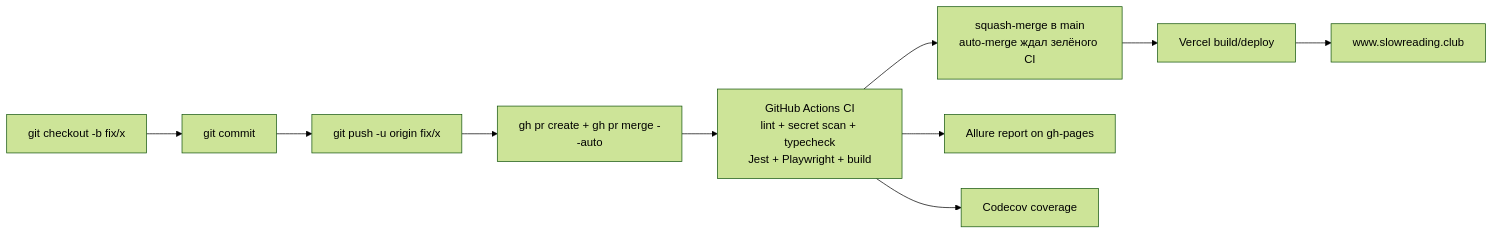
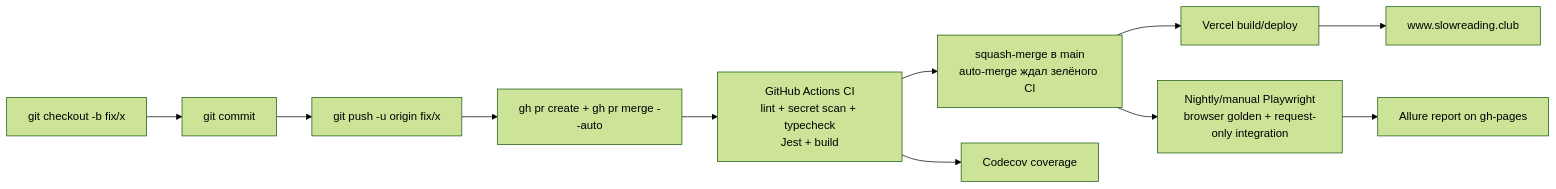
Before and after one commit to bon2362/book-club: the diagram in docs/wiki/Hosting-Deployment-and-Domains.md, drawn with Mermaid (forest theme). The commit also changed 28 other files, not shown here.

````diff
--- a/docs/wiki/Hosting-Deployment-and-Domains.md
+++ b/docs/wiki/Hosting-Deployment-and-Domains.md
@@ -19,12 +19,13 @@
 ```mermaid
 flowchart LR
     Branch["git checkout -b fix/x"] --> Commit["git commit"]
     Commit --> Push["git push -u origin fix/x"]
     Push --> PR["gh pr create + gh pr merge --auto"]
-    PR --> CI["GitHub Actions CI<br/>lint + secret scan + typecheck<br/>Jest + Playwright + build"]
+    PR --> CI["GitHub Actions CI<br/>lint + secret scan + typecheck<br/>Jest + build"]
     CI --> Merge["squash-merge в main<br/>auto-merge ждал зелёного CI"]
     Merge --> Vercel["Vercel build/deploy"]
     Vercel --> Domain["www.slowreading.club"]
-    CI --> Allure["Allure report on gh-pages"]
     CI --> Codecov["Codecov coverage"]
+    Merge --> Nightly["Nightly/manual Playwright<br/>browser golden + request-only integration"]
+    Nightly --> Allure["Allure report on gh-pages"]
 ```
````
